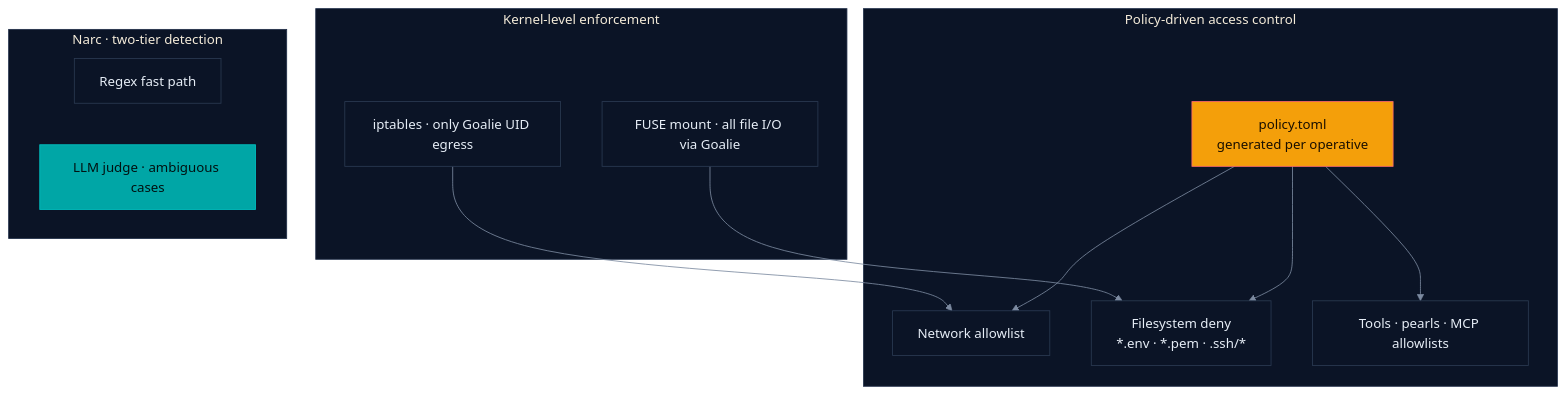
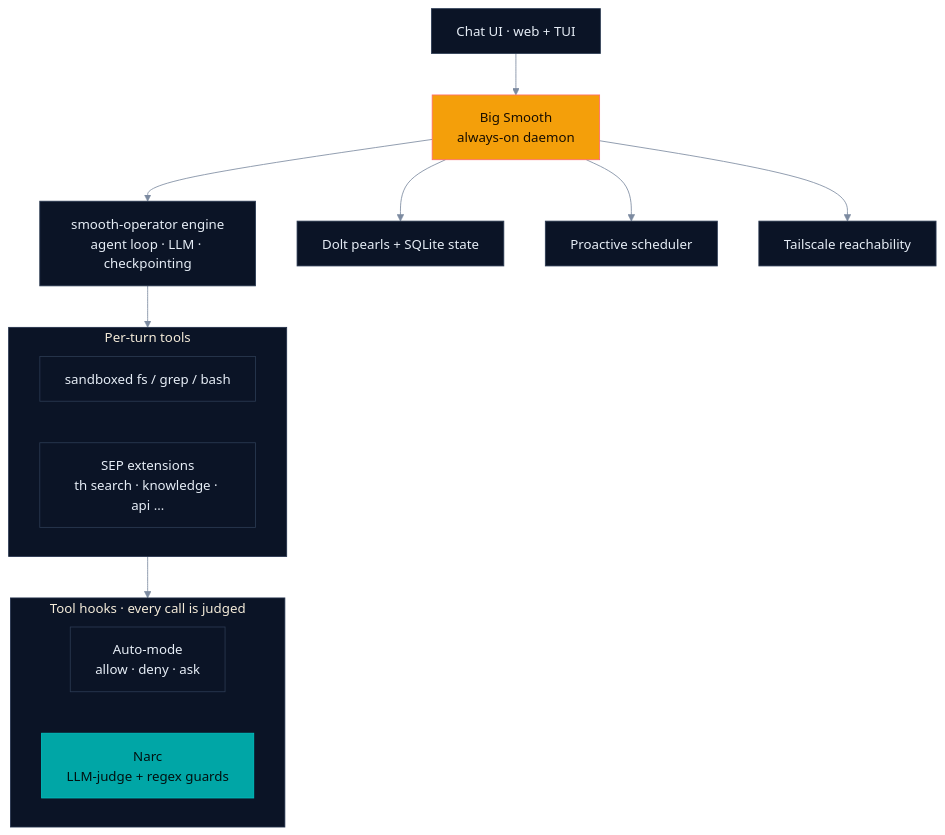
The diagram in README.md (SmooAI/smooth), drawn with Mermaid before and after one commit. The commit also changed other lines of this file, not shown here.

First line of the commit message:
th-8e0392 README: sales-funnel rewrite for th + the new Big Smooth

````diff
--- a/README.md
+++ b/README.md
@@ -290,32 +215,30 @@
 ```mermaid
 %%{init: {'theme':'base','themeVariables':{
   'background':'#020618','primaryColor':'#0b1426','primaryTextColor':'#e6edf6','primaryBorderColor':'#2b3a52',
   'lineColor':'#7c8aa0','secondaryColor':'#0b1426','tertiaryColor':'#0b1426','fontFamily':'ui-sans-serif, system-ui, sans-serif',
   'clusterBkg':'#0b1426','clusterBorder':'#22304a'}}}%%
-flowchart TD
-    subgraph Enforcement["Kernel-level enforcement"]
-        IPT["iptables · only Goalie UID egress"]
-        FUSE["FUSE mount · all file I/O via Goalie"]
+flowchart TB
+    UI["Chat UI · web + TUI"] --> DAEMON
+    DAEMON["Big Smooth<br/>always-on daemon"] --> ENGINE
+    ENGINE["smooth-operator engine<br/>agent loop · LLM · checkpointing"] --> TOOLS
+
+    subgraph TOOLS["Per-turn tools"]
+        FS["sandboxed fs / grep / bash"]
+        SEP["SEP extensions<br/>th search · knowledge · api …"]
     end
 
-    subgraph Policy["Policy-driven access control"]
-        TOML["policy.toml<br/>generated per operative"]
-        NET["Network allowlist"]
-        FS["Filesystem deny<br/>*.env · *.pem · .ssh/*"]
-        REST["Tools · pearls · MCP allowlists"]
+    subgraph SAFETY["Tool hooks · every call is judged"]
+        AUTO["Auto-mode<br/>allow · deny · ask"]
+        NARC["Narc<br/>LLM-judge + regex guards"]
     end
 
-    subgraph Detection["Narc · two-tier detection"]
-        REGEX["Regex fast path"]
-        LLM["LLM judge · ambiguous cases"]
-    end
-
-    TOML --> NET & FS & REST
-    IPT --> NET
-    FUSE --> FS
+    TOOLS --> SAFETY
+    DAEMON --> STATE["Dolt pearls + SQLite state"]
+    DAEMON --> SCHED["Proactive scheduler"]
+    DAEMON --> NET["Tailscale reachability"]
 
     classDef warm fill:#f49f0a,stroke:#ff6b6c,color:#1a0f00;
     classDef teal fill:#00a6a6,stroke:#00c2c2,color:#011;
-    class TOML warm
-    class LLM teal
+    class DAEMON warm
+    class NARC teal
 ```
````
